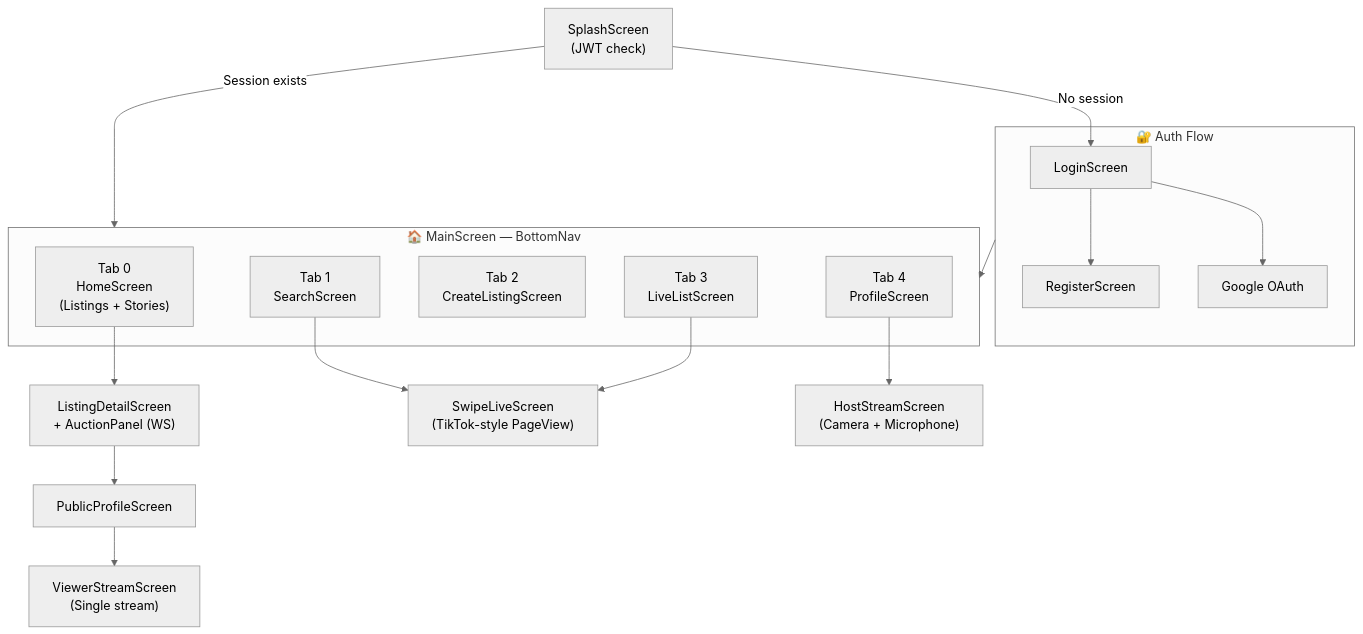
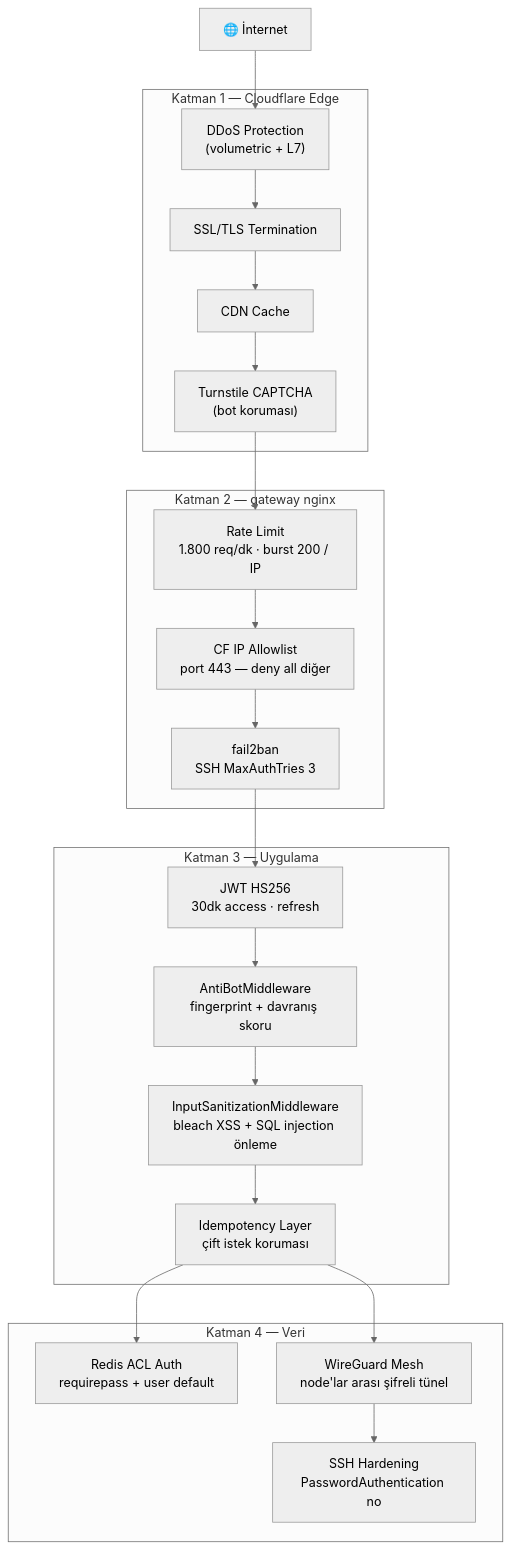
Before and after one commit to tucibeyin/teqlif: the tenth of 14 diagrams in README.md, drawn with Mermaid (neutral theme). The commit also changed other lines of this file, not shown here.

````diff
--- a/README.md
+++ b/README.md
@@ -236,29 +498,37 @@
 ```mermaid
-flowchart TD
-    SPLASH["SplashScreen\n(JWT check)"]
+flowchart TB
+    INTERNET["🌐 İnternet"]
 
-    SPLASH -->|Session exists| MAIN
-    SPLASH -->|No session| LOGIN
-
-    subgraph AUTH["🔐 Auth Flow"]
-        LOGIN["LoginScreen"] --> REG["RegisterScreen"]
-        LOGIN --> GOOGLE["Google OAuth"]
+    subgraph L1["Katman 1 — Cloudflare Edge"]
+        CF_DDOS["DDoS Protection\n(volumetric + L7)"]
+        CF_SSL["SSL/TLS Termination"]
+        CF_CDN["CDN Cache"]
+        CF_CAP["Turnstile CAPTCHA\n(bot koruması)"]
     end
 
-    AUTH --> MAIN
-
-    subgraph MAIN["🏠 MainScreen — BottomNav"]
-        HOME["Tab 0\nHomeScreen\n(Listings + Stories)"]
-        SEARCH["Tab 1\nSearchScreen"]
-        NEW["Tab 2\nCreateListingScreen"]
-        LIVE["Tab 3\nLiveListScreen"]
-        PROFILE["Tab 4\nProfileScreen"]
+    subgraph L2["Katman 2 — gateway nginx"]
+        RATE_LIM["Rate Limit\n1.800 req/dk · burst 200 / IP"]
+        CF_IP["CF IP Allowlist\nport 443 — deny all diğer"]
+        FAIL2BAN_GW["fail2ban\nSSH MaxAuthTries 3"]
     end
 
-    HOME --> DETAIL["ListingDetailScreen\n+ AuctionPanel (WS)"]
-    SEARCH --> SWIPE["SwipeLiveScreen\n(TikTok-style PageView)"]
-    LIVE --> SWIPE
-    PROFILE --> HOST["HostStreamScreen\n(Camera + Microphone)"]
-    DETAIL --> PUBLIC["PublicProfileScreen"]
-    PUBLIC --> VIEWER["ViewerStreamScreen\n(Single stream)"]
+    subgraph L3["Katman 3 — Uygulama"]
+        JWT_AUTH["JWT HS256\n30dk access · refresh"]
+        ANTIBOT["AntiBotMiddleware\nfingerprint + davranış skoru"]
+        SANITIZE["InputSanitizationMiddleware\nbleach XSS + SQL injection önleme"]
+        IDEM["Idempotency Layer\nçift istek koruması"]
+    end
+
+    subgraph L4["Katman 4 — Veri"]
+        REDIS_AUTH["Redis ACL Auth\nrequirepass + user default"]
+        WG_NET["WireGuard Mesh\nnode'lar arası şifreli tünel"]
+        SSH_HARD["SSH Hardening\nPasswordAuthentication no"]
+    end
+
+    INTERNET --> CF_DDOS --> CF_SSL --> CF_CDN --> CF_CAP
+    CF_CAP --> RATE_LIM --> CF_IP --> FAIL2BAN_GW
+    FAIL2BAN_GW --> JWT_AUTH --> ANTIBOT --> SANITIZE --> IDEM
+    IDEM --> REDIS_AUTH
+    IDEM --> WG_NET
+    WG_NET --> SSH_HARD
 ```
````
